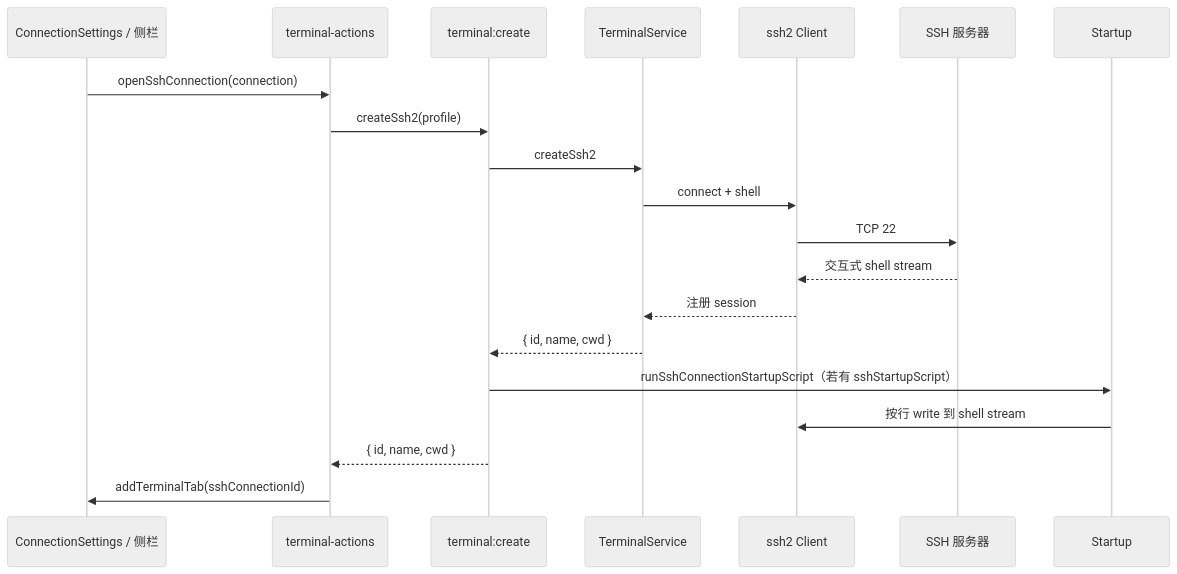
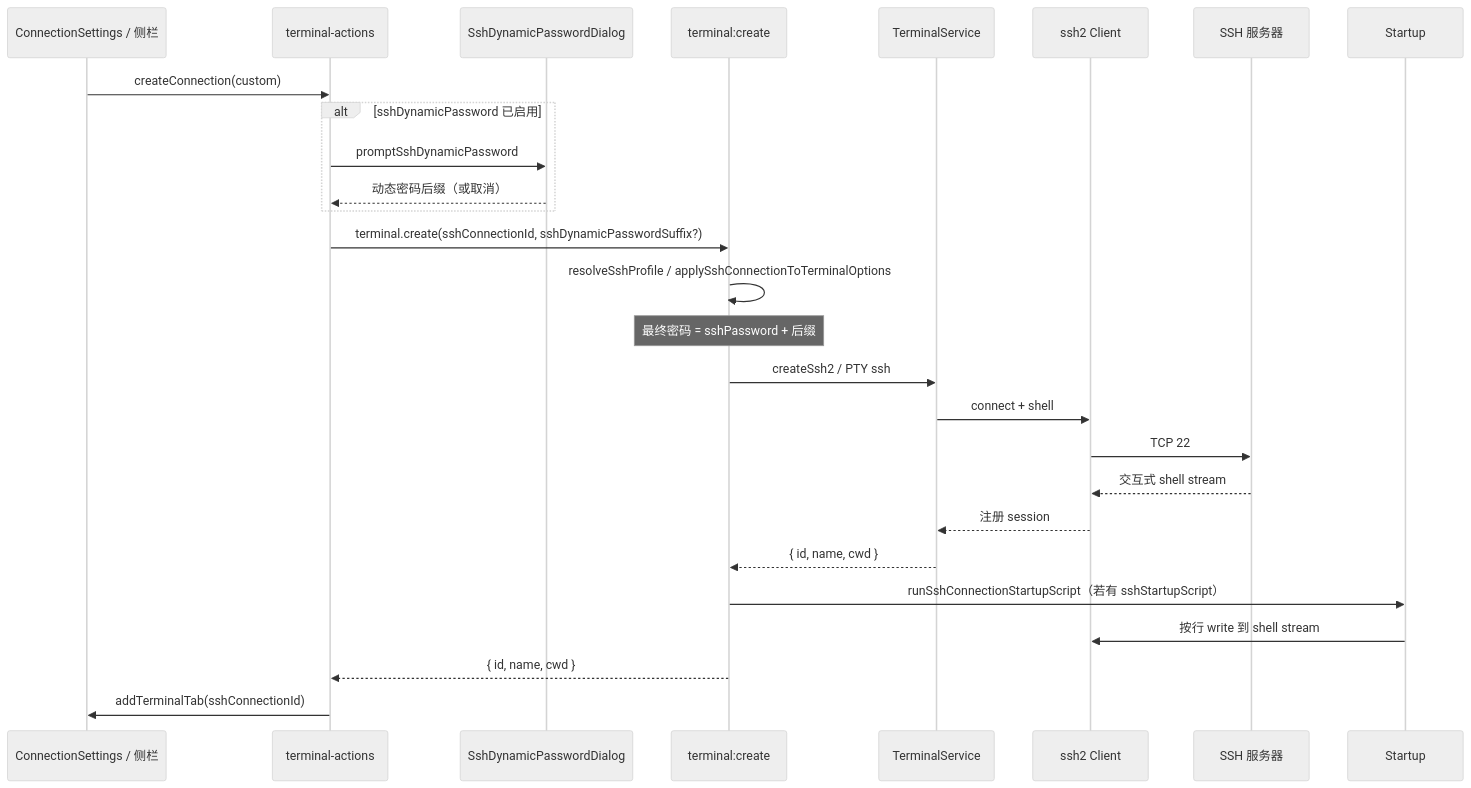
The second of 3 diagrams in docs/功能SSH连接.md (Landers1037/NioZy), drawn with Mermaid (neutral theme) before and after one commit. The commit also changed other lines of this file and 19 other files, not shown here.

First line of the commit message:
feat(ssh): add dynamic password for SSH connections

````diff
--- a/docs/功能SSH连接.md
+++ b/docs/功能SSH连接.md
@@ -56,22 +59,29 @@
 ```mermaid
 sequenceDiagram
   participant UI as ConnectionSettings / 侧栏
   participant TA as terminal-actions
+  participant Prompt as SshDynamicPasswordDialog
   participant API as terminal:create
   participant TS as TerminalService
   participant S2 as ssh2 Client
   participant Remote as SSH 服务器
 
-  UI->>TA: openSshConnection(connection)
-  TA->>API: createSsh2(profile)
-  API->>TS: createSsh2
+  UI->>TA: createConnection(custom)
+  alt sshDynamicPassword 已启用
+    TA->>Prompt: promptSshDynamicPassword
+    Prompt-->>TA: 动态密码后缀（或取消）
+  end
+  TA->>API: terminal.create(sshConnectionId, sshDynamicPasswordSuffix?)
+  API->>API: resolveSshProfile / applySshConnectionToTerminalOptions
+  Note over API: 最终密码 = sshPassword + 后缀
+  API->>TS: createSsh2 / PTY ssh
   TS->>S2: connect + shell
   S2->>Remote: TCP 22
   Remote-->>S2: 交互式 shell stream
   S2-->>TS: 注册 session
   TS-->>API: { id, name, cwd }
   API->>Startup: runSshConnectionStartupScript（若有 sshStartupScript）
   Startup->>S2: 按行 write 到 shell stream
   API-->>TA: { id, name, cwd }
   TA->>UI: addTerminalTab(sshConnectionId)
 ```
````
